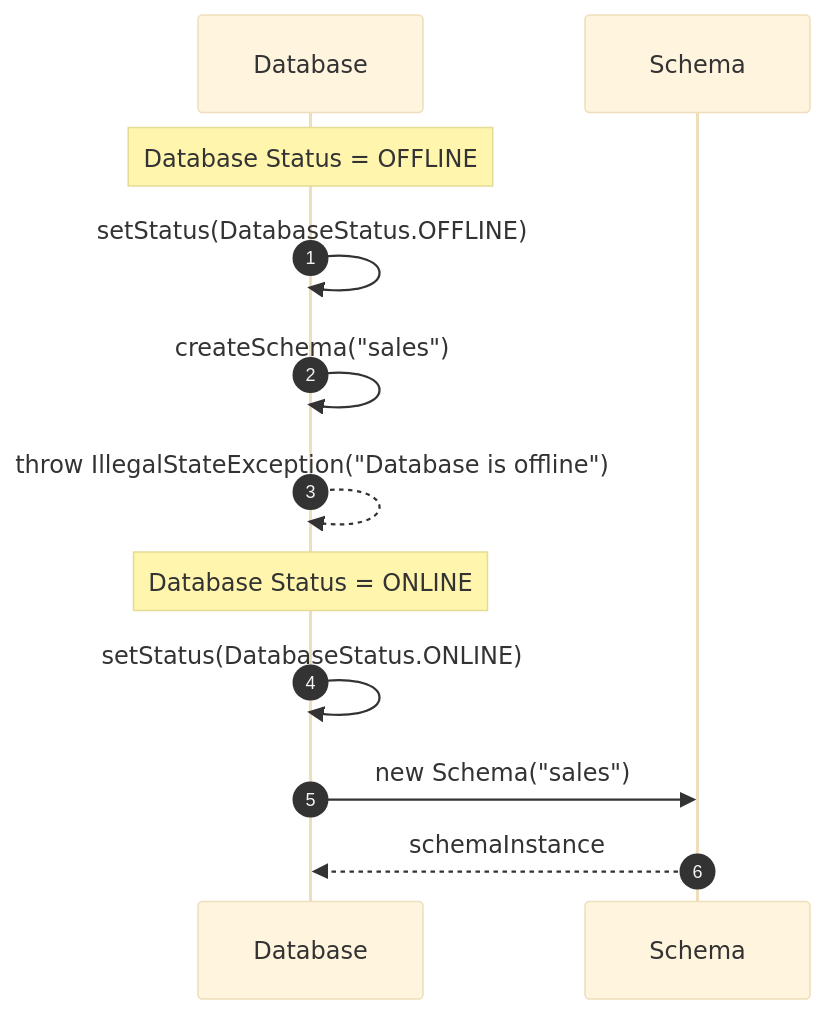
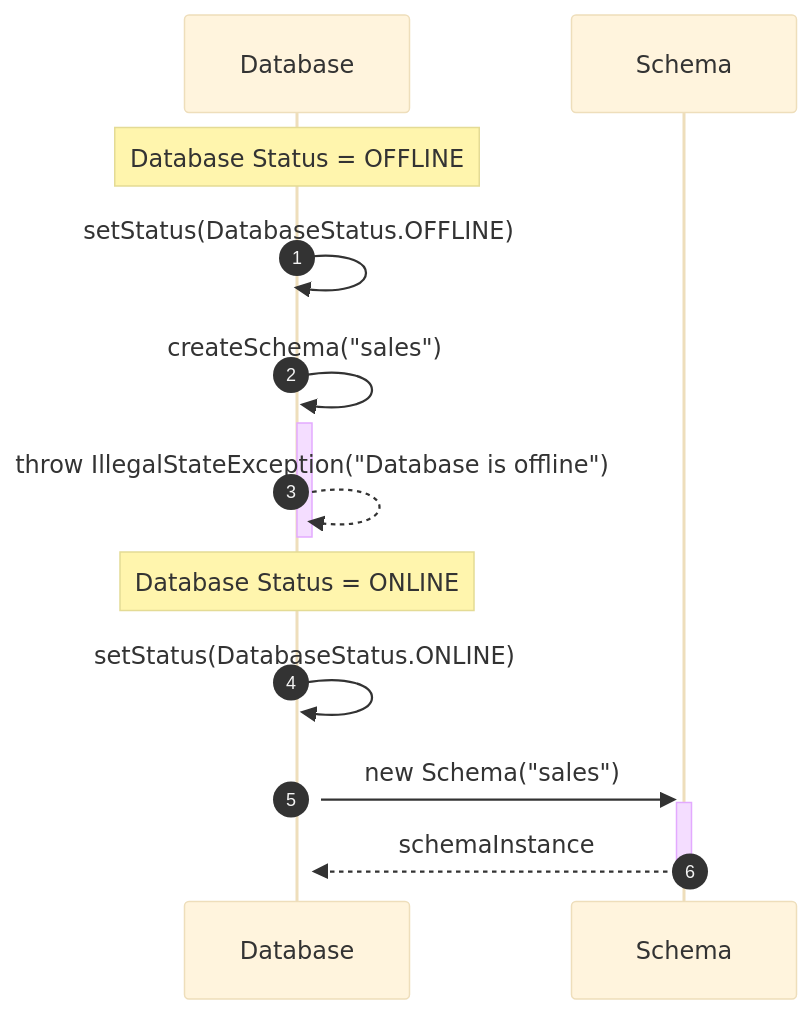
Before and after one commit to Dikhang1112/Database_Management_BBV: the fourth of 14 diagrams in docs/design_patterns/README.md, drawn with Mermaid (base theme). The commit also changed other lines of this file and 12 other files, not shown here.

Commit message:
Refactor sequece diagram

````diff
--- a/docs/design_patterns/README.md
+++ b/docs/design_patterns/README.md
@@ -608,16 +608,16 @@
 ```mermaid
 sequenceDiagram
     autonumber
     participant DB as Database
     participant Schema as Schema
 
     note over DB: Database Status = OFFLINE
-    DB->>DB: setStatus(DatabaseStatus.OFFLINE)
-    DB->>DB: createSchema("sales")
-    DB-->>DB: throw IllegalStateException("Database is offline")
+    DB->>+DB: setStatus(DatabaseStatus.OFFLINE)
+    DB->>+DB: createSchema("sales")
+    DB-->>-DB: throw IllegalStateException("Database is offline")
 
     note over DB: Database Status = ONLINE
-    DB->>DB: setStatus(DatabaseStatus.ONLINE)
-    DB->>Schema: new Schema("sales")
-    Schema-->>DB: schemaInstance
+    DB->>+DB: setStatus(DatabaseStatus.ONLINE)
+    DB->>+Schema: new Schema("sales")
+    Schema-->>-DB: schemaInstance
 ```
````
